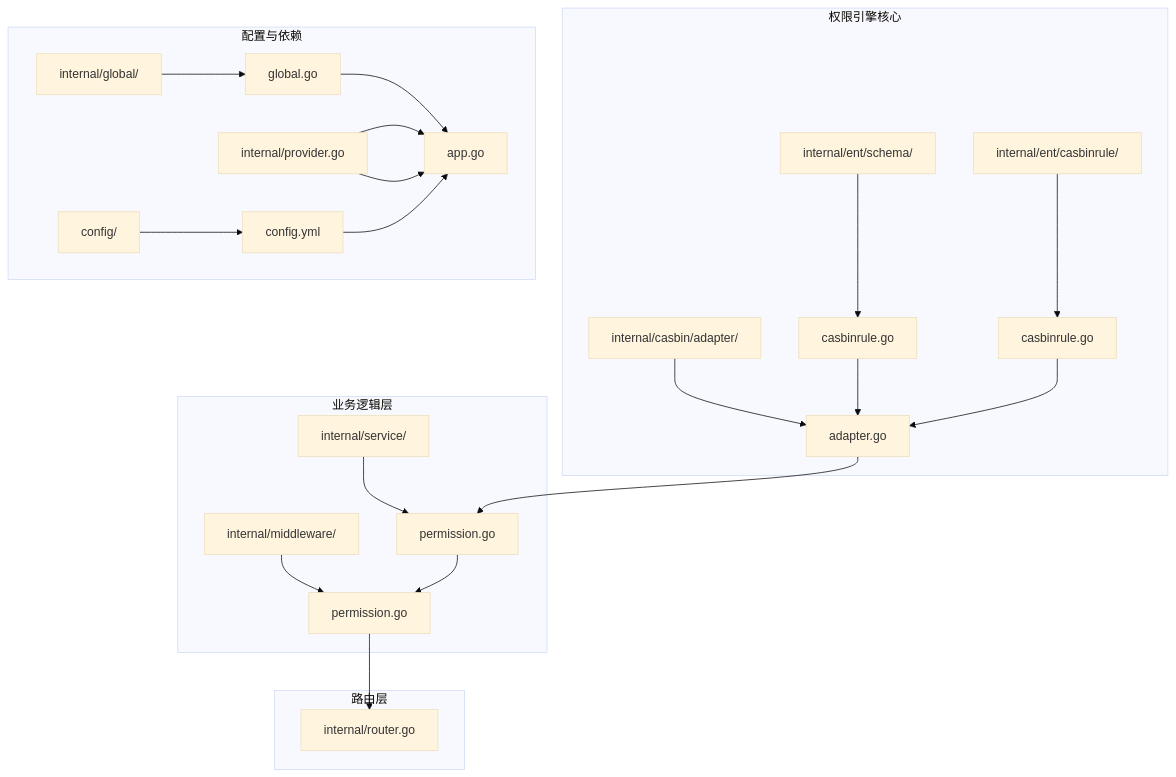
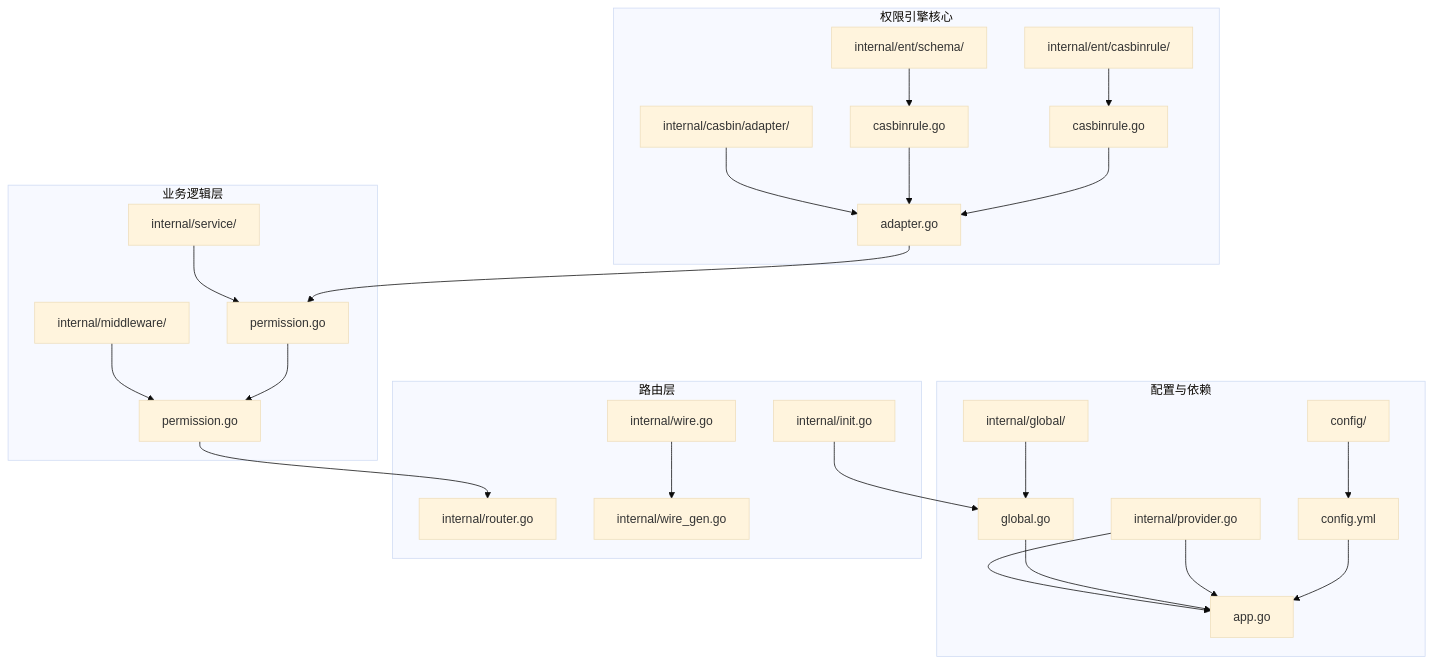
The first of 9 diagrams in .qoder/repowiki/zh/content/权限管理系统/Casbin权限引擎集成.md (wuwuseo/e-sports-go-admin), drawn with Mermaid (base theme) before and after one commit. The commit also changed other lines of this file and 26 other files, not shown here.

````diff
--- a/.qoder/repowiki/zh/content/权限管理系统/Casbin权限引擎集成.md
+++ b/.qoder/repowiki/zh/content/权限管理系统/Casbin权限引擎集成.md
@@ -39,28 +49,33 @@
 ```mermaid
 graph TB
 subgraph "权限引擎核心"
 A[internal/casbin/adapter/] --> B[adapter.go]
 C[internal/ent/schema/] --> D[casbinrule.go]
 E[internal/ent/casbinrule/] --> F[casbinrule.go]
 end
 subgraph "业务逻辑层"
 G[internal/service/] --> H[permission.go]
 I[internal/middleware/] --> J[permission.go]
 end
 subgraph "配置与依赖"
 K[internal/global/] --> L[global.go]
 M[internal/provider.go] --> N[app.go]
 O[config/] --> P[config.yml]
 end
 subgraph "路由层"
 Q[internal/router.go]
+R[internal/init.go]
+S[internal/wire.go]
+T[internal/wire_gen.go]
 end
 B --> H
 D --> B
 F --> B
 H --> J
 J --> Q
 L --> N
 M --> N
 P --> N
+R --> L
+S --> T
 ```
````
